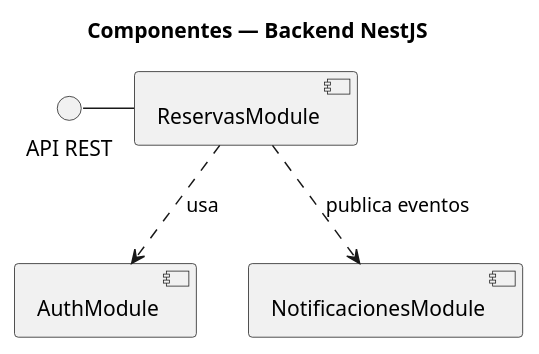
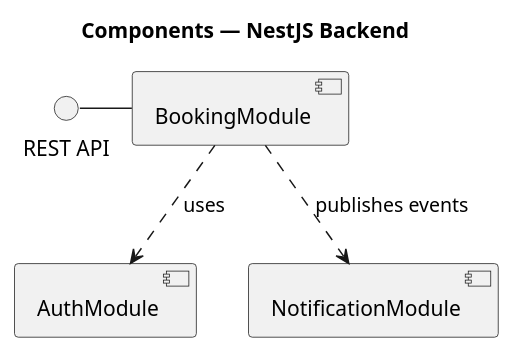
Before and after one commit to jose-korvusinc/finalproject-lidr-i4devs: the seventh of 9 diagrams in .claude/rules/plantuml-syntax.md, drawn with PlantUML. The commit also changed other lines of this file and 25 other files, not shown here.

Commit message:
Translate names and add analysis class diagram

````diff
--- a/.claude/rules/plantuml-syntax.md
+++ b/.claude/rules/plantuml-syntax.md
@@ -196,13 +196,13 @@
 ```plantuml
 @startuml
-title Componentes — Backend NestJS
+title Components — NestJS Backend
 component "AuthModule" as auth
-component "ReservasModule" as reservas
-component "NotificacionesModule" as notif
-interface "API REST" as api
+component "BookingModule" as booking
+component "NotificationModule" as notif
+interface "REST API" as api
 
-api - reservas
-reservas ..> auth : usa
-reservas ..> notif : publica eventos
+api - booking
+booking ..> auth : uses
+booking ..> notif : publishes events
 @enduml
 ```
````
